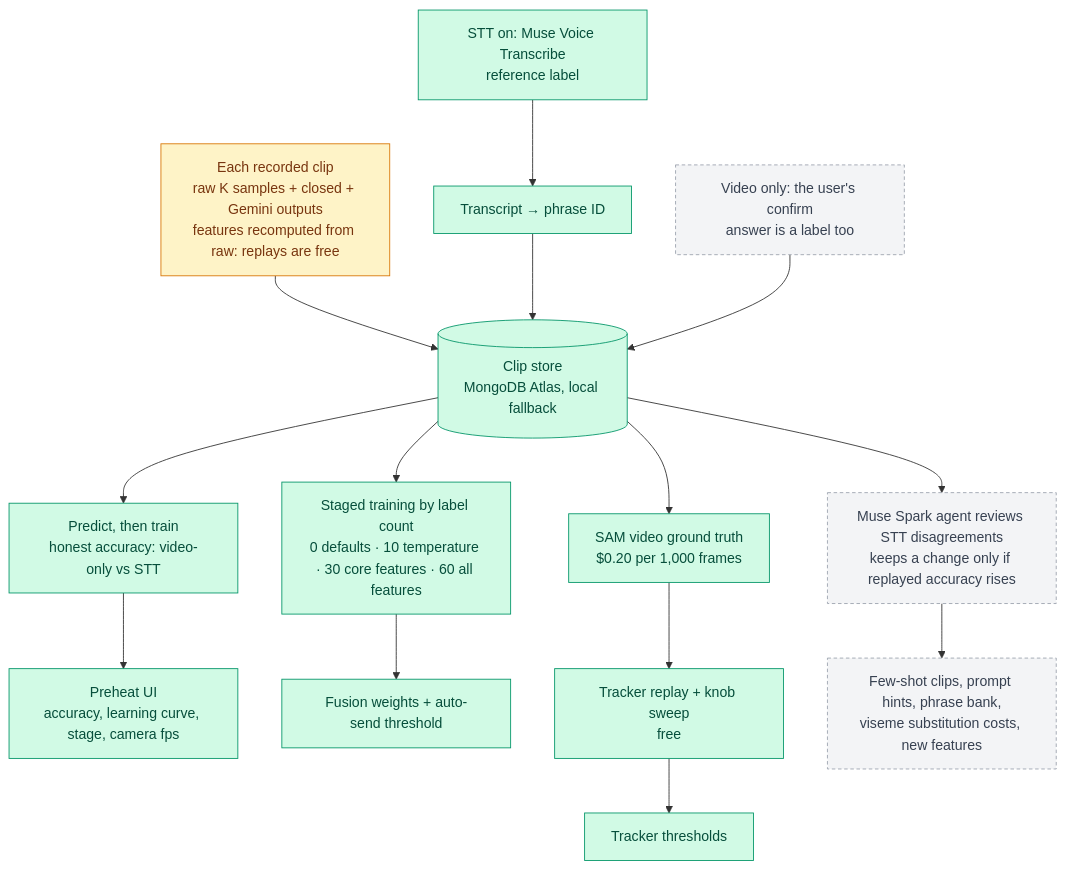
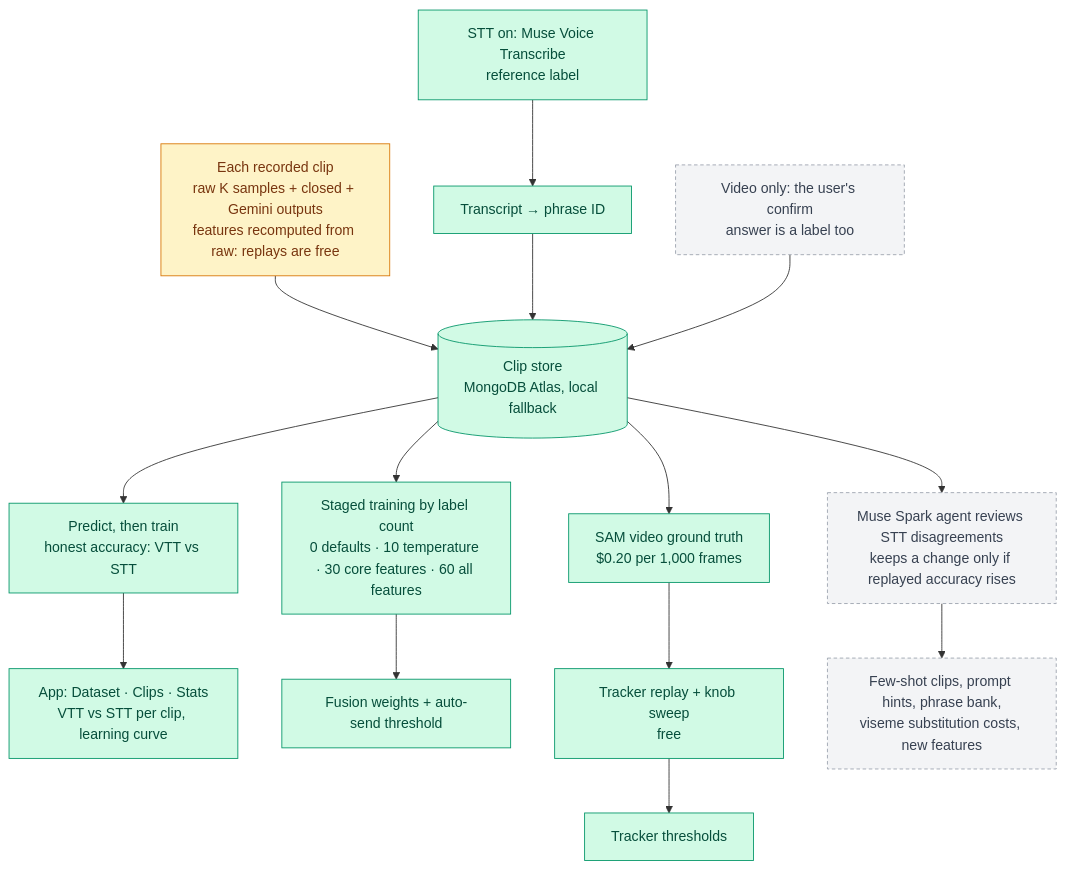
Before and after one commit to Darijan-Ducic/badge-machine: the second of 4 diagrams in docs/pipeline.md, drawn with Mermaid. The commit also changed other lines of this file and 3 other files, not shown here.

First line of the commit message:
docs: VTT vs STT naming and frontend-visibility rule

````diff
--- a/docs/pipeline.md
+++ b/docs/pipeline.md
@@ -45,35 +45,35 @@
 ```mermaid
 flowchart TD
   CLIP["Each recorded clip<br/>raw K samples + closed + Gemini outputs<br/>features recomputed from raw: replays are free"]
   STT["STT on: Muse Voice Transcribe<br/>reference label"]
   CONF["Video only: the user's confirm<br/>answer is a label too"]
   MATCH["Transcript → phrase ID"]
   STORE[("Clip store<br/>MongoDB Atlas, local fallback")]
 
-  PREQ["Predict, then train<br/>honest accuracy: video-only vs STT"]
-  UI["Preheat UI<br/>accuracy, learning curve, stage, camera fps"]
+  PREQ["Predict, then train<br/>honest accuracy: VTT vs STT"]
+  UI["App: Dataset · Clips · Stats<br/>VTT vs STT per clip, learning curve"]
   STAGES["Staged training by label count<br/>0 defaults · 10 temperature · 30 core features · 60 all features"]
   FUSE["Fusion weights + auto-send threshold"]
 
   GT["SAM video ground truth<br/>$0.20 per 1,000 frames"]
   REPLAY["Tracker replay + knob sweep<br/>free"]
   KNOBS["Tracker thresholds"]
 
   AGENT["Muse Spark agent reviews STT disagreements<br/>keeps a change only if replayed accuracy rises"]
   PROMPTS["Few-shot clips, prompt hints, phrase bank,<br/>viseme substitution costs, new features"]
 
   CLIP --> STORE
   STT --> MATCH --> STORE
   CONF --> STORE
   STORE --> PREQ --> UI
   STORE --> STAGES --> FUSE
   STORE --> GT --> REPLAY --> KNOBS
   STORE --> AGENT --> PROMPTS
 
   classDef built fill:#d1fae5,stroke:#059669,color:#064e3b
   classDef building fill:#fef3c7,stroke:#d97706,color:#78350f
   classDef planned fill:#f3f4f6,stroke:#9ca3af,color:#374151,stroke-dasharray:4 3
   class STT,MATCH,GT,STORE,UI,REPLAY,KNOBS,STAGES,PREQ,FUSE built
   class CLIP building
   class CONF,AGENT,PROMPTS planned
 ```
````
